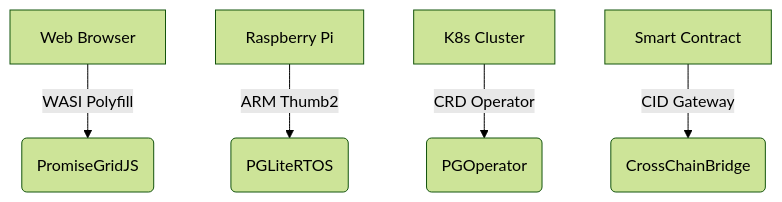
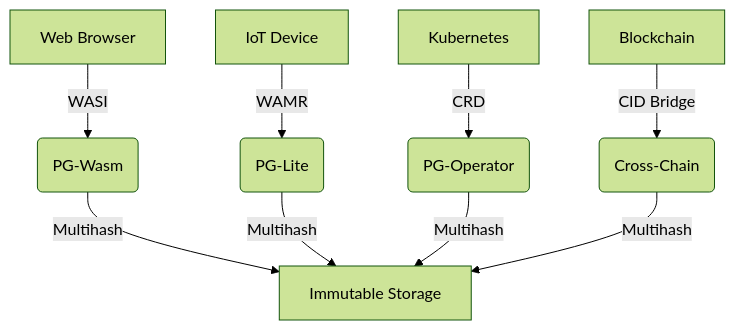
Before and after one commit to promisegrid/grid-poc: the diagram in x/routing/2295.md, drawn with Mermaid (forest theme). The commit also changed other lines of this file and 22 other files, not shown here.

````diff
--- a/x/routing/2295.md
+++ b/x/routing/2295.md
@@ -114,7 +123,8 @@
 ```mermaid
 graph TD
-    A[Web Browser] -->|WASI Polyfill| B(PromiseGridJS)
-    C[Raspberry Pi] -->|ARM Thumb2| D(PGLiteRTOS)
-    E[K8s Cluster] -->|CRD Operator| F(PGOperator)
-    G[Smart Contract] -->|CID Gateway| H(CrossChainBridge)
+    A[Web Browser] -->|WASI| B(PG-Wasm)
+    C[IoT Device] -->|WAMR| D(PG-Lite)
+    E[Kubernetes] -->|CRD| F(PG-Operator)
+    G[Blockchain] -->|CID Bridge| H(Cross-Chain)
+    B & D & F & H -->|Multihash| I[Immutable Storage]
 ```
````
